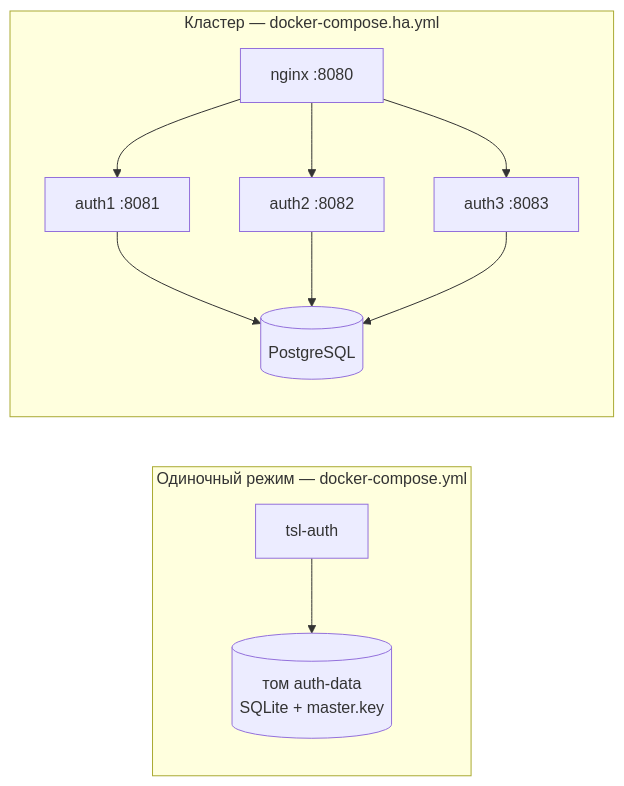
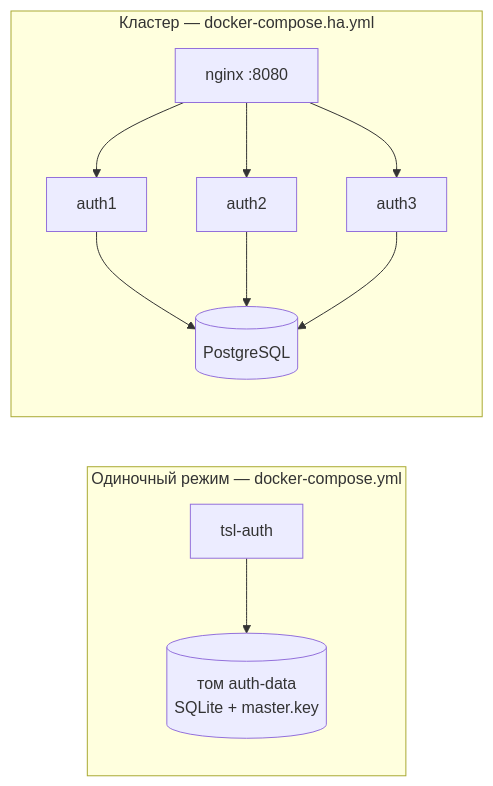
The first of 3 diagrams in docs/deployment.md (akprof2000/tsl-auth), drawn with Mermaid before and after one commit. The commit also changed other lines of this file and 8 other files, not shown here.

````diff
--- a/docs/deployment.md
+++ b/docs/deployment.md
@@ -5,10 +5,10 @@
 ```mermaid
 flowchart LR
     subgraph "Одиночный режим — docker-compose.yml"
         S1[tsl-auth] --> V1[(том auth-data<br/>SQLite + master.key)]
     end
     subgraph "Кластер — docker-compose.ha.yml"
-        LB[nginx :8080] --> N1[auth1 :8081] & N2[auth2 :8082] & N3[auth3 :8083]
+        LB[nginx :8080] --> N1[auth1] & N2[auth2] & N3[auth3]
         N1 & N2 & N3 --> PG[(PostgreSQL)]
     end
 ```
````
